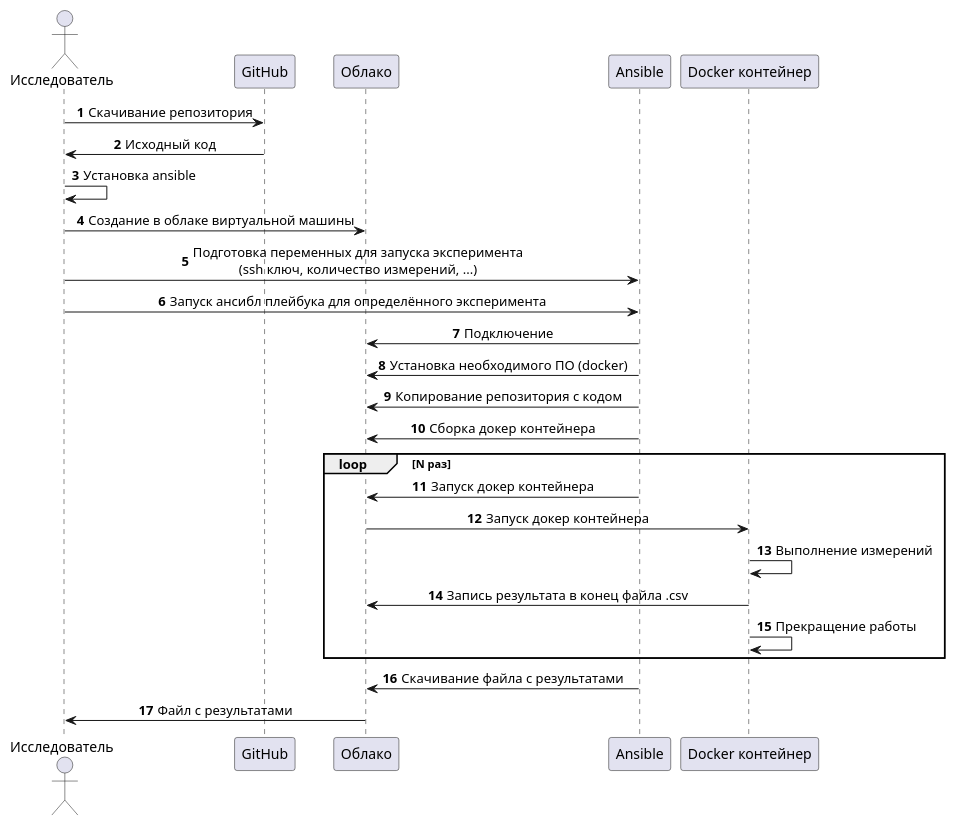
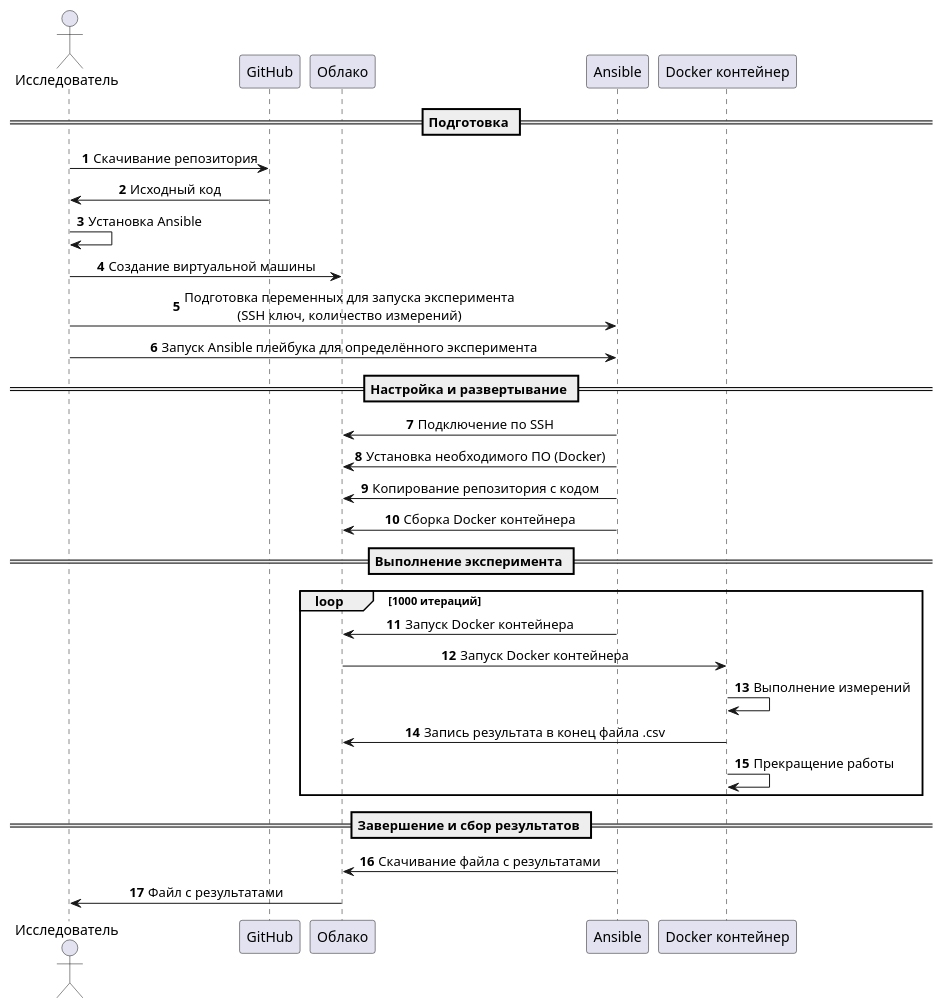
Before and after one commit to asmirnov-backend/js-runtimes-experiments: the diagram in experiment diagram.md, drawn with PlantUML.

Commit message:
Update experiment diagram.md

````diff
--- a/experiment diagram.md
+++ b/experiment diagram.md
@@ -3,33 +3,44 @@
 ```plantuml
 @startuml
 autonumber
 skinparam DefaultTextAlignment center
 
 actor "Исследователь" as researcher
 participant "GitHub" as github
 participant "Облако" as cloud
 participant "Ansible" as ansible
 participant "Docker контейнер" as docker
 
+== Подготовка ==
+
 researcher -> github: Скачивание репозитория
 github -> researcher: Исходный код
-researcher -> researcher: Установка ansible
-researcher -> cloud: Создание в облаке виртуальной машины
-researcher -> ansible: Подготовка переменных для запуска эксперимента\n(ssh ключ, количество измерений, ...)
-researcher -> ansible: Запуск ансибл плейбука для определённого эксперимента
-ansible -> cloud: Подключение
-ansible -> cloud: Установка необходимого ПО (docker)
+researcher -> researcher: Установка Ansible
+researcher -> cloud: Создание виртуальной машины
+researcher -> ansible: Подготовка переменных для запуска эксперимента\n(SSH ключ, количество измерений)
+researcher -> ansible: Запуск Ansible плейбука для определённого эксперимента
+
+== Настройка и развертывание ==
+
+ansible -> cloud: Подключение по SSH
+ansible -> cloud: Установка необходимого ПО (Docker)
 ansible -> cloud: Копирование репозитория с кодом
-ansible -> cloud: Сборка докер контейнера
-loop N раз
-    ansible -> cloud: Запуск докер контейнера
-    cloud -> docker: Запуск докер контейнера
-    docker -> docker: Выполнение измерений
-    docker -> cloud: Запись результата в конец файла .csv
-    docker -> docker: Прекращение работы
+ansible -> cloud: Сборка Docker контейнера
+
+== Выполнение эксперимента ==
+
+loop 1000 итераций
+ansible -> cloud: Запуск Docker контейнера
+cloud -> docker: Запуск Docker контейнера
+docker -> docker: Выполнение измерений
+docker -> cloud: Запись результата в конец файла .csv
+docker -> docker: Прекращение работы
 end
+
+== Завершение и сбор результатов ==
+
 ansible -> cloud: Скачивание файла с результатами
 cloud -> researcher: Файл с результатами
 
 @enduml
 ```
````
